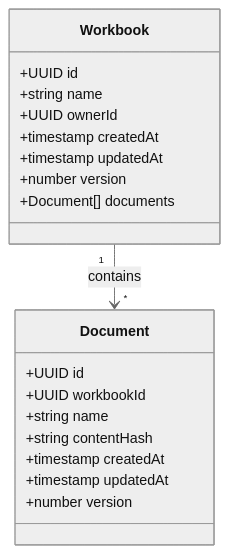
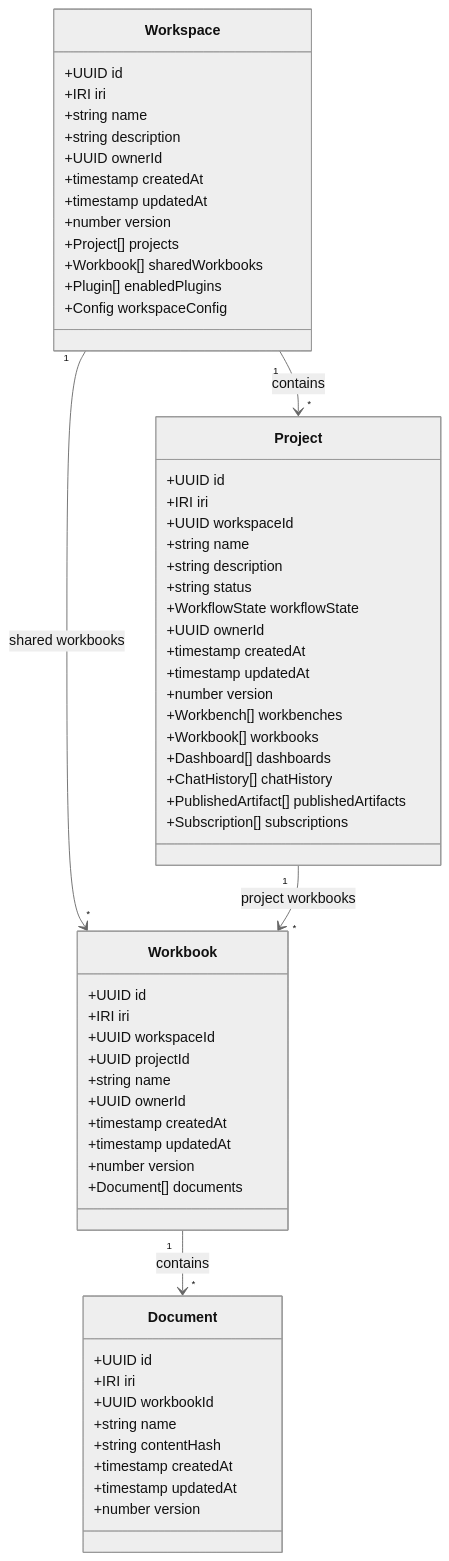
One commit to laserpointlabs/insightLM-LT changed the tenth of 18 diagrams in insightlm_spec.md. Above: the diagram before and after it, drawn with Mermaid (neutral theme). The commit also changed other lines of this file and 4 other files, not shown here.

````diff
--- a/insightlm_spec.md
+++ b/insightlm_spec.md
@@ -586,24 +1025,66 @@
 ```mermaid
 classDiagram
+    class Workspace {
+        +UUID id
+        +IRI iri
+        +string name
+        +string description
+        +UUID ownerId
+        +timestamp createdAt
+        +timestamp updatedAt
+        +number version
+        +Project[] projects
+        +Workbook[] sharedWorkbooks
+        +Plugin[] enabledPlugins
+        +Config workspaceConfig
+    }
+
+    class Project {
+        +UUID id
+        +IRI iri
+        +UUID workspaceId
+        +string name
+        +string description
+        +string status
+        +WorkflowState workflowState
+        +UUID ownerId
+        +timestamp createdAt
+        +timestamp updatedAt
+        +number version
+        +Workbench[] workbenches
+        +Workbook[] workbooks
+        +Dashboard[] dashboards
+        +ChatHistory[] chatHistory
+        +PublishedArtifact[] publishedArtifacts
+        +Subscription[] subscriptions
+    }
+
     class Workbook {
         +UUID id
+        +IRI iri
+        +UUID workspaceId
+        +UUID projectId
         +string name
         +UUID ownerId
         +timestamp createdAt
         +timestamp updatedAt
         +number version
         +Document[] documents
     }
 
     class Document {
         +UUID id
+        +IRI iri
         +UUID workbookId
         +string name
         +string contentHash
         +timestamp createdAt
         +timestamp updatedAt
         +number version
     }
 
+    Workspace "1" --> "*" Project : contains
+    Workspace "1" --> "*" Workbook : shared workbooks
+    Project "1" --> "*" Workbook : project workbooks
     Workbook "1" --> "*" Document : contains
 ```
````
